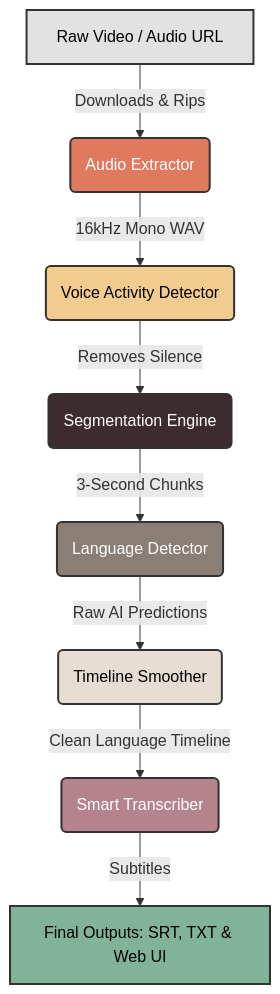
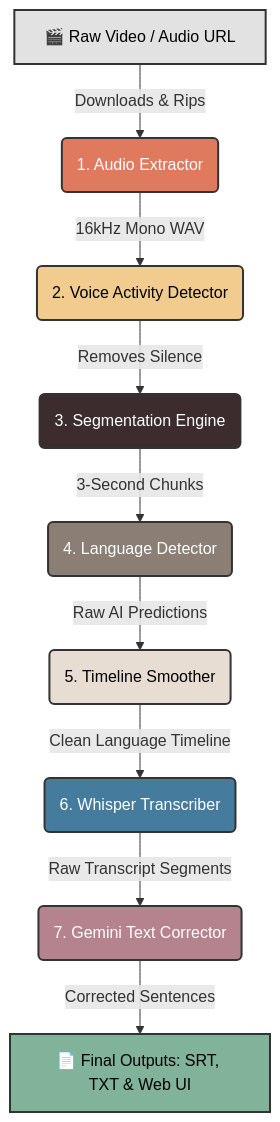
The first of 8 diagrams in progress_report.md (Duljit2006/frame-speech), drawn with Mermaid before and after one commit. The commit also changed other lines of this file and 21 other files, not shown here.

````diff
--- a/progress_report.md
+++ b/progress_report.md
@@ -16,19 +21,22 @@
 ```mermaid
 graph TD
-    A[Raw Video / Audio URL] -->|Downloads & Rips| B(Audio Extractor)
-    B -->|16kHz Mono WAV| C(Voice Activity Detector)
-    C -->|Removes Silence| D(Segmentation Engine)
-    D -->|3-Second Chunks| E(Language Detector)
-    E -->|Raw AI Predictions| F(Timeline Smoother)
-    F -->|Clean Language Timeline| G(Smart Transcriber)
-    G -->|Subtitles| H[Final Outputs: SRT, TXT & Web UI]
-    
+    A["🎬 Raw Video / Audio URL"] -->|"Downloads & Rips"| B("1. Audio Extractor")
+    B -->|"16kHz Mono WAV"| C("2. Voice Activity Detector")
+    C -->|"Removes Silence"| D("3. Segmentation Engine")
+    D -->|"3-Second Chunks"| E("4. Language Detector")
+    E -->|"Raw AI Predictions"| F("5. Timeline Smoother")
+
+    F -->|"Clean Language Timeline"| G("6. Whisper Transcriber")
+    G -->|"Raw Transcript Segments"| H("7. Gemini Text Corrector")
+    H -->|"Corrected Sentences"| I["📄 Final Outputs: SRT, TXT & Web UI"]
+
     style A fill:#e2e2e2,stroke:#333,stroke-width:2px,color:#000
     style B fill:#E07A5F,stroke:#333,stroke-width:2px,color:#fff
     style C fill:#F2CC8F,stroke:#333,stroke-width:2px,color:#000
     style D fill:#3D2C2E,stroke:#333,stroke-width:2px,color:#fff
     style E fill:#8B7E74,stroke:#333,stroke-width:2px,color:#fff
     style F fill:#E8DDD3,stroke:#333,stroke-width:2px,color:#000
-    style G fill:#B5838D,stroke:#333,stroke-width:2px,color:#fff
-    style H fill:#81B29A,stroke:#333,stroke-width:2px,color:#000
+    style G fill:#457B9D,stroke:#333,stroke-width:2px,color:#fff
+    style H fill:#B5838D,stroke:#333,stroke-width:2px,color:#fff
+    style I fill:#81B29A,stroke:#333,stroke-width:2px,color:#000
 ```
````
